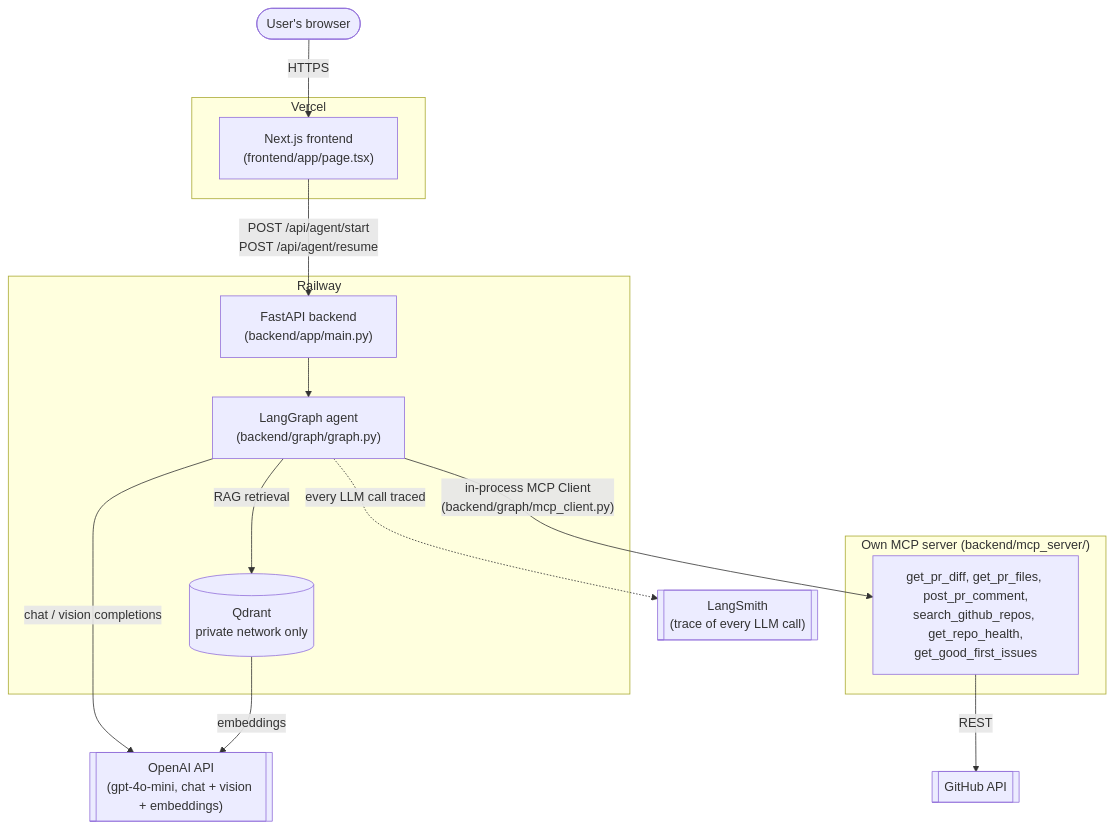
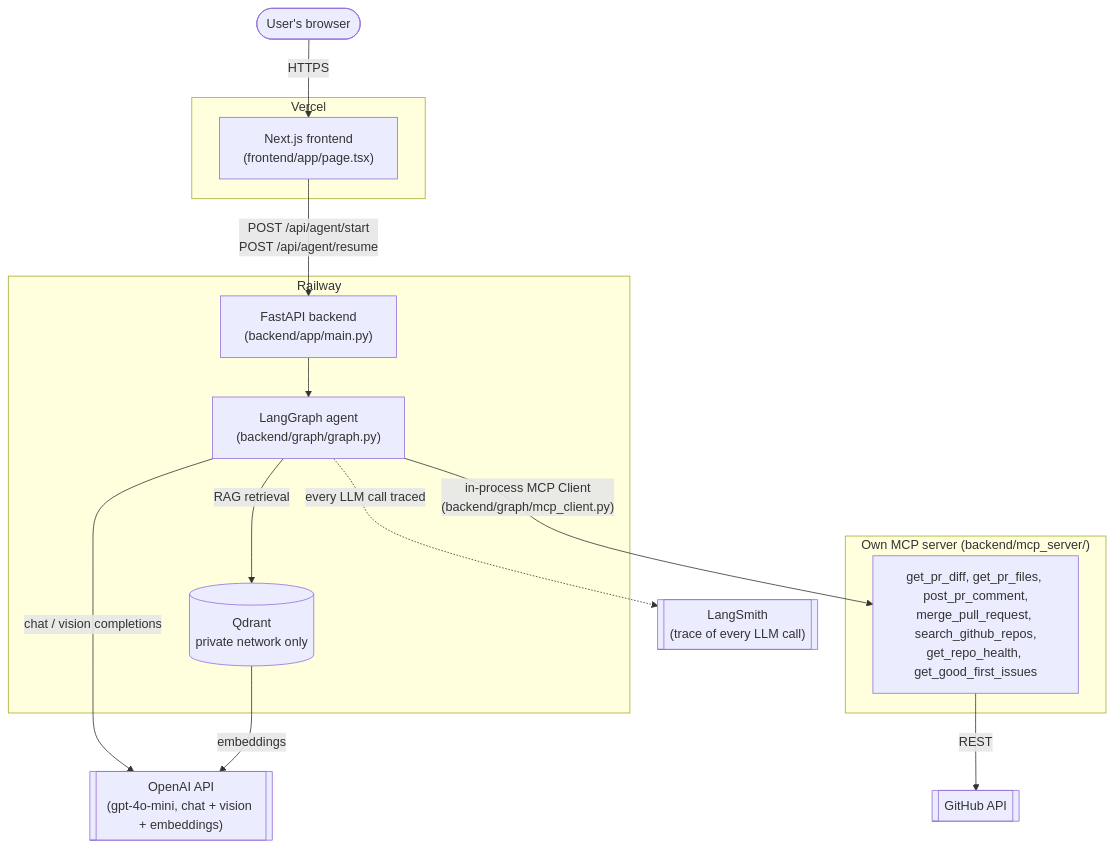
Before and after one commit to Dantes19xx/oss_copilot: the first of 2 diagrams in ARCHITECTURE.md, drawn with Mermaid. The commit also changed other lines of this file and 10 other files, not shown here.

````diff
--- a/ARCHITECTURE.md
+++ b/ARCHITECTURE.md
@@ -14,32 +14,32 @@
 ```mermaid
 flowchart TB
     User(["User's browser"])
 
     subgraph Vercel["Vercel"]
         FE["Next.js frontend<br/>(frontend/app/page.tsx)"]
     end
 
     subgraph Railway["Railway"]
         BE["FastAPI backend<br/>(backend/app/main.py)"]
         Graph["LangGraph agent<br/>(backend/graph/graph.py)"]
         Qdrant[("Qdrant<br/>private network only")]
         BE --> Graph
         Graph -- "RAG retrieval" --> Qdrant
     end
 
     subgraph MCP["Own MCP server (backend/mcp_server/)"]
-        Tools["get_pr_diff, get_pr_files, post_pr_comment,<br/>search_github_repos, get_repo_health,<br/>get_good_first_issues"]
+        Tools["get_pr_diff, get_pr_files, post_pr_comment,<br/>merge_pull_request, search_github_repos,<br/>get_repo_health, get_good_first_issues"]
     end
 
     GitHub[["GitHub API"]]
     OpenAI[["OpenAI API<br/>(gpt-4o-mini, chat + vision + embeddings)"]]
     LangSmith[["LangSmith<br/>(trace of every LLM call)"]]
 
     User -- "HTTPS" --> FE
     FE -- "POST /api/agent/start<br/>POST /api/agent/resume" --> BE
     Graph -- "in-process MCP Client<br/>(backend/graph/mcp_client.py)" --> Tools
     Tools -- "REST" --> GitHub
     Graph -- "chat / vision completions" --> OpenAI
     Qdrant -- "embeddings" --> OpenAI
     Graph -. "every LLM call traced" .-> LangSmith
 ```
````
